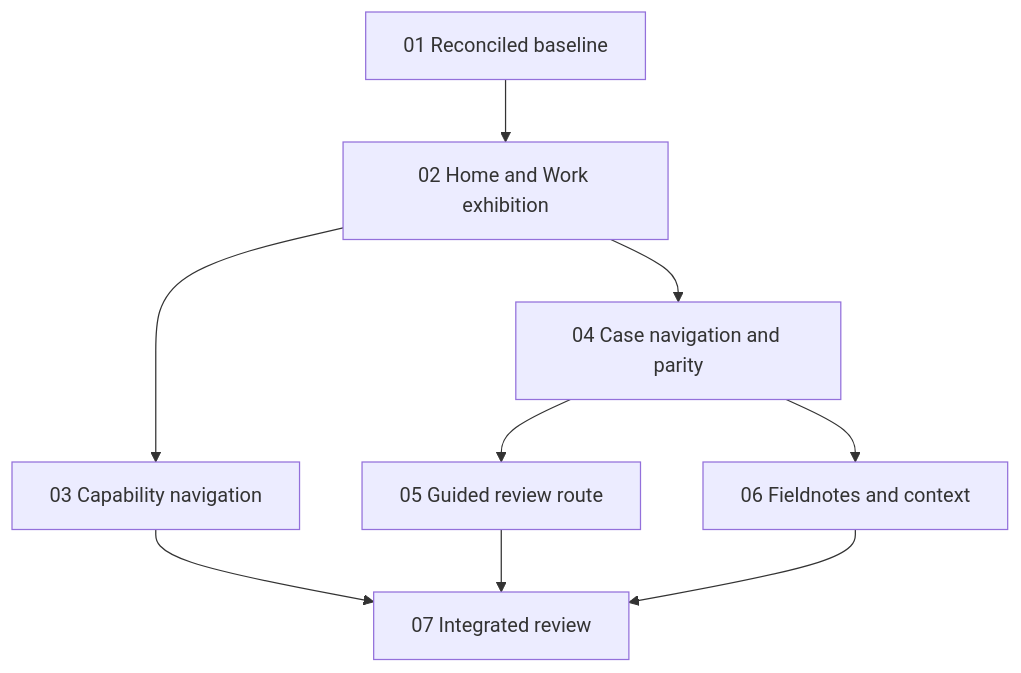
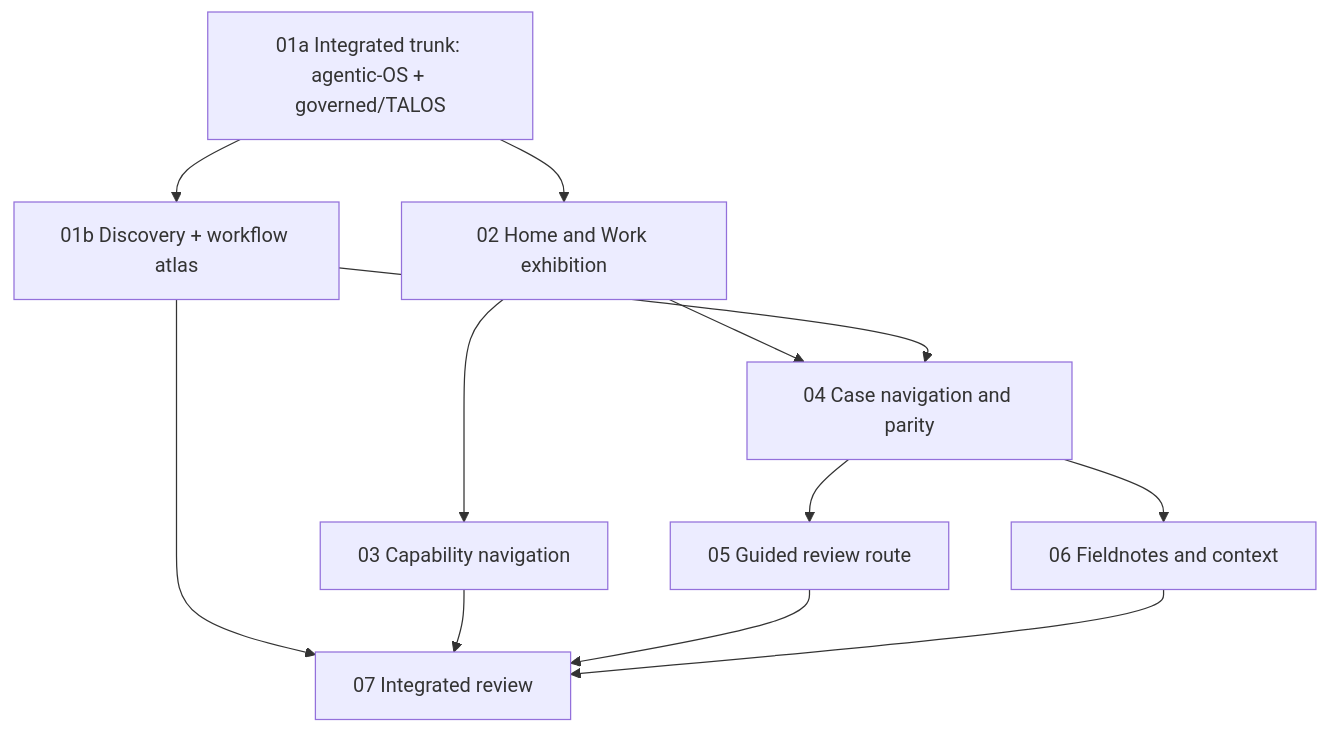
Before and after one commit to athan-dial/athan-dial.github.io: the diagram in .planning/reviews/portfolio-integration-32/graph.md, drawn with Mermaid. The commit also changed other lines of this file and 6 other files, not shown here.

````diff
--- a/.planning/reviews/portfolio-integration-32/graph.md
+++ b/.planning/reviews/portfolio-integration-32/graph.md
@@ -9,11 +8,14 @@
 ```mermaid
 graph TD
-  T01[01 Reconciled baseline] --> T02[02 Home and Work exhibition]
+  T01a[01a Integrated trunk: agentic-OS + governed/TALOS] --> T01b[01b Discovery + workflow atlas]
+  T01a --> T02[02 Home and Work exhibition]
   T02 --> T03[03 Capability navigation]
   T02 --> T04[04 Case navigation and parity]
+  T01b --> T04
   T04 --> T05[05 Guided review route]
   T04 --> T06[06 Fieldnotes and context]
-  T03 --> T07[07 Integrated review]
+  T01b --> T07[07 Integrated review]
+  T03 --> T07
   T05 --> T07
   T06 --> T07
 ```
````
